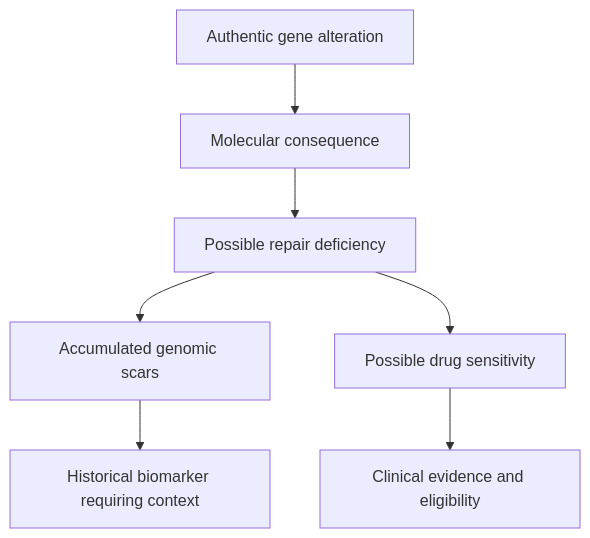
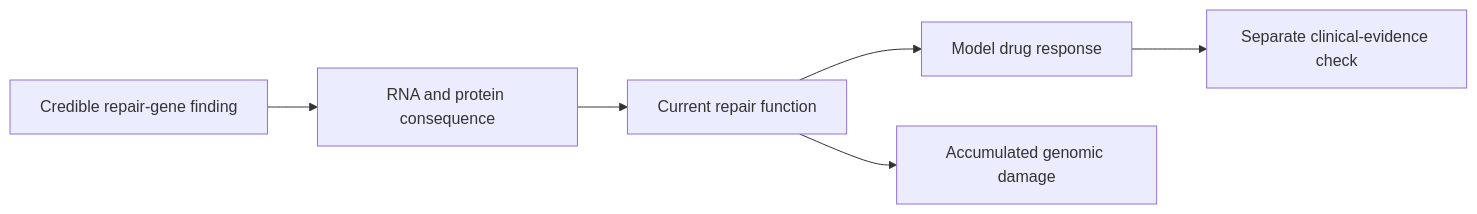
One commit to jasonLaster/oncoguide changed the diagram in wiki/education/molecular-profiling/hrd-parp-and-dianas-biology.md. Above: the diagram before and after it, drawn with Mermaid. The commit also changed other lines of this file and 219 other files, not shown here.

````diff
--- a/wiki/education/molecular-profiling/hrd-parp-and-dianas-biology.md
+++ b/wiki/education/molecular-profiling/hrd-parp-and-dianas-biology.md
@@ -27,9 +28,8 @@
 ```mermaid
-flowchart TD
- A[Authentic gene alteration] --> B[Molecular consequence]
- B --> C[Possible repair deficiency]
- C --> D[Accumulated genomic scars]
- C --> E[Possible drug sensitivity]
- E --> F[Clinical evidence and eligibility]
- D --> G[Historical biomarker requiring context]
+flowchart LR
+ A["Credible repair-gene finding"] --> B["RNA and protein consequence"]
+ B --> C["Current repair function"]
+ C --> D["Model drug response"]
+ C --> E["Accumulated genomic damage"]
+ D --> F["Separate clinical-evidence check"]
 ```
````
